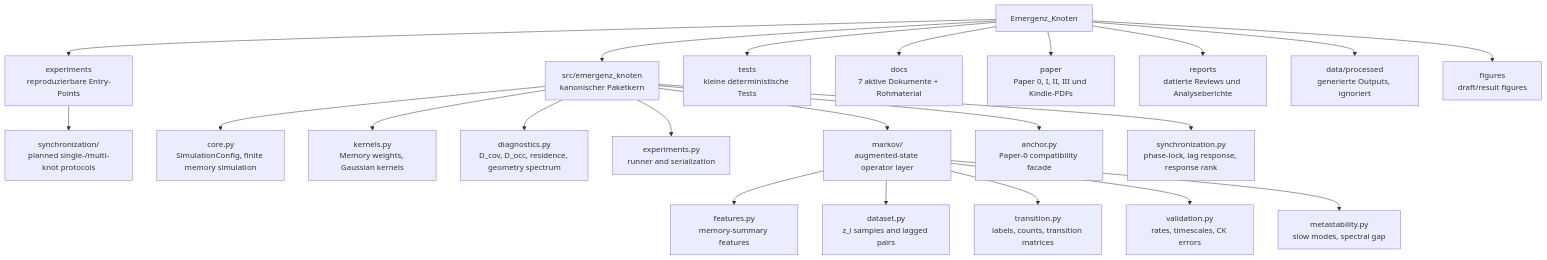
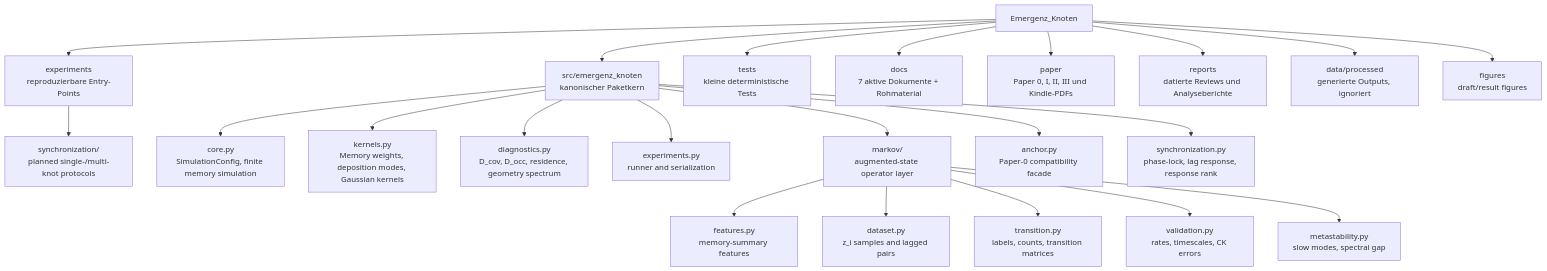
Before and after one commit to MemoryDynamics/Knoten: the first of 4 diagrams in docs/repository_map.md, drawn with Mermaid. The commit also changed other lines of this file and 10 other files, not shown here.

````diff
--- a/docs/repository_map.md
+++ b/docs/repository_map.md
@@ -10,29 +10,29 @@
 ```mermaid
 flowchart TD
     root["Emergenz_Knoten"]
 
     root --> src["src/emergenz_knoten<br/>kanonischer Paketkern"]
     root --> experiments["experiments<br/>reproduzierbare Entry-Points"]
     root --> tests["tests<br/>kleine deterministische Tests"]
     root --> docs["docs<br/>7 aktive Dokumente + Rohmaterial"]
     root --> paper["paper<br/>Paper 0, I, II, III und Kindle-PDFs"]
     root --> reports["reports<br/>datierte Reviews und Analyseberichte"]
     root --> data["data/processed<br/>generierte Outputs, ignoriert"]
     root --> figures["figures<br/>draft/result figures"]
 
     experiments --> sync_exp["synchronization/<br/>planned single-/multi-knot protocols"]
 
     src --> core["core.py<br/>SimulationConfig, finite memory simulation"]
-    src --> kernels["kernels.py<br/>Memory weights, Gaussian kernels"]
+    src --> kernels["kernels.py<br/>Memory weights, deposition modes, Gaussian kernels"]
     src --> diagnostics["diagnostics.py<br/>D_cov, D_occ, residence, geometry spectrum"]
     src --> experiments_api["experiments.py<br/>runner and serialization"]
     src --> markov["markov/<br/>augmented-state operator layer"]
     src --> anchor["anchor.py<br/>Paper-0 compatibility facade"]
     src --> sync["synchronization.py<br/>phase-lock, lag response, response rank"]
 
     markov --> features["features.py<br/>memory-summary features"]
     markov --> dataset["dataset.py<br/>z_i samples and lagged pairs"]
     markov --> transition["transition.py<br/>labels, counts, transition matrices"]
     markov --> validation["validation.py<br/>rates, timescales, CK errors"]
     markov --> metastability["metastability.py<br/>slow modes, spectral gap"]
 ```
````
